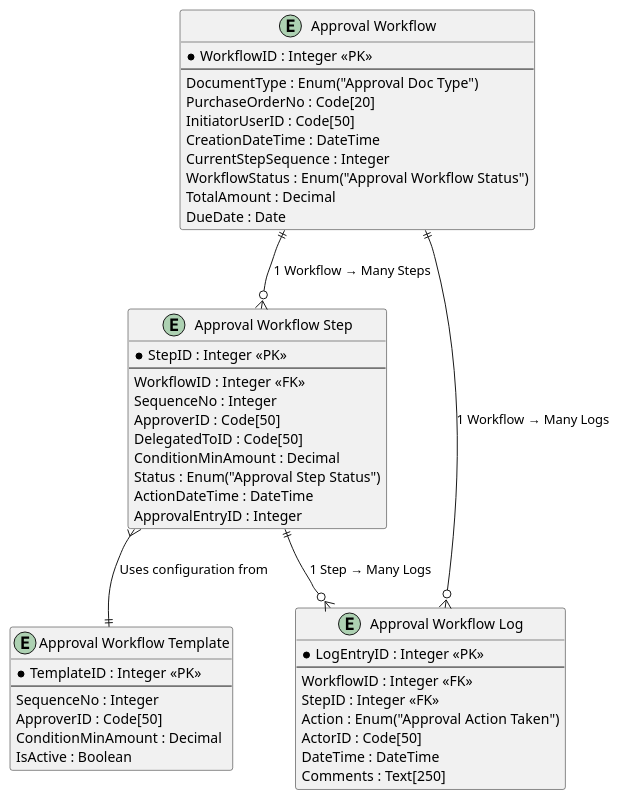
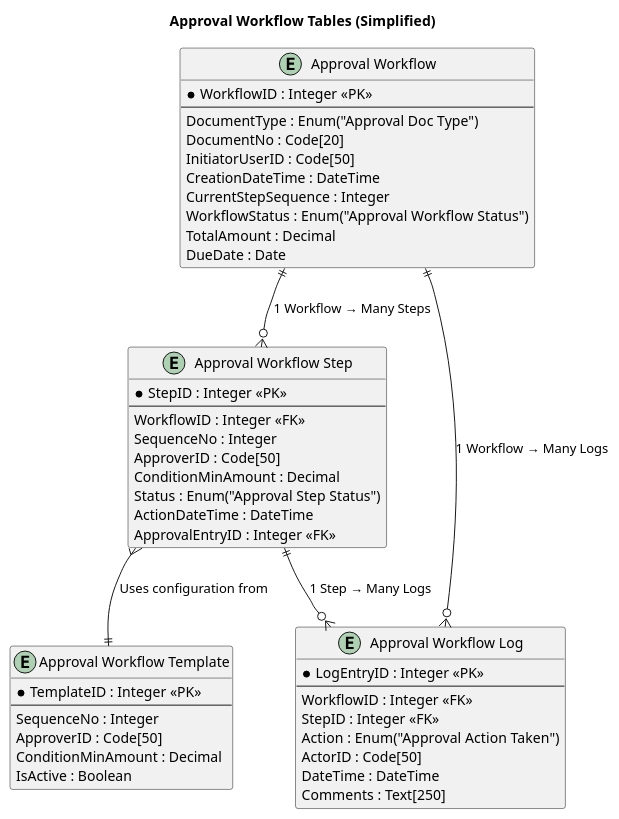
The diagram in Documentation/UML/Tables.wsd (Salem-Sayarh/Approval_Extension), drawn with PlantUML before and after one commit. The commit also changed 8 other files, not shown here.

```diff
--- a/Documentation/UML/Tables.wsd
+++ b/Documentation/UML/Tables.wsd
@@ -1,54 +1,55 @@
 @startuml ApprovalWorkflowTables
+
+title Approval Workflow Tables (Simplified)
 
 entity "Approval Workflow" as Workflow {
   * WorkflowID : Integer <<PK>>
   --
   DocumentType : Enum("Approval Doc Type")
-  PurchaseOrderNo : Code[20]
+  DocumentNo : Code[20]
   InitiatorUserID : Code[50]
   CreationDateTime : DateTime
   CurrentStepSequence : Integer
   WorkflowStatus : Enum("Approval Workflow Status")
   TotalAmount : Decimal
   DueDate : Date
 }
 
 entity "Approval Workflow Step" as Step {
   * StepID : Integer <<PK>>
   --
   WorkflowID : Integer <<FK>>
   SequenceNo : Integer
   ApproverID : Code[50]
-  DelegatedToID : Code[50]
   ConditionMinAmount : Decimal
   Status : Enum("Approval Step Status")
   ActionDateTime : DateTime
-  ApprovalEntryID : Integer
+  ApprovalEntryID : Integer <<FK>>
 }
 
 entity "Approval Workflow Log" as Log {
   * LogEntryID : Integer <<PK>>
   --
   WorkflowID : Integer <<FK>>
   StepID : Integer <<FK>>
   Action : Enum("Approval Action Taken")
   ActorID : Code[50]
   DateTime : DateTime
   Comments : Text[250]
 }
 
 entity "Approval Workflow Template" as Template {
   * TemplateID : Integer <<PK>>
   --
   SequenceNo : Integer
   ApproverID : Code[50]
   ConditionMinAmount : Decimal
   IsActive : Boolean
 }
 
 Workflow ||--o{ Step     : "1 Workflow → Many Steps"
 Workflow ||--o{ Log      : "1 Workflow → Many Logs"
 Step     ||--o{ Log      : "1 Step → Many Logs"
 Step     }--|| Template  : "Uses configuration from"
 
 @enduml
```
